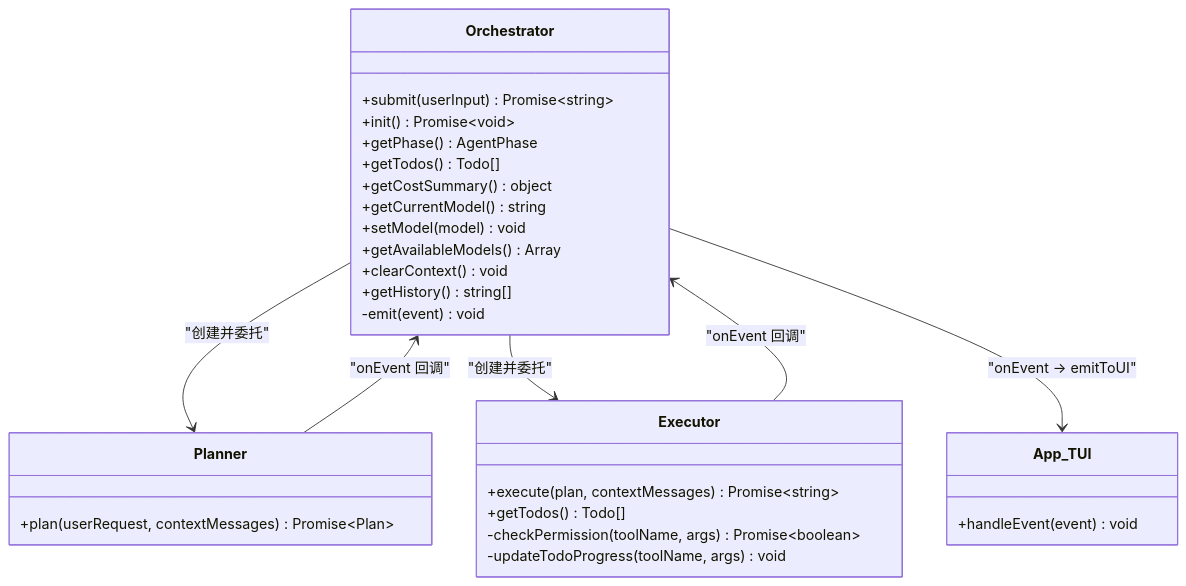
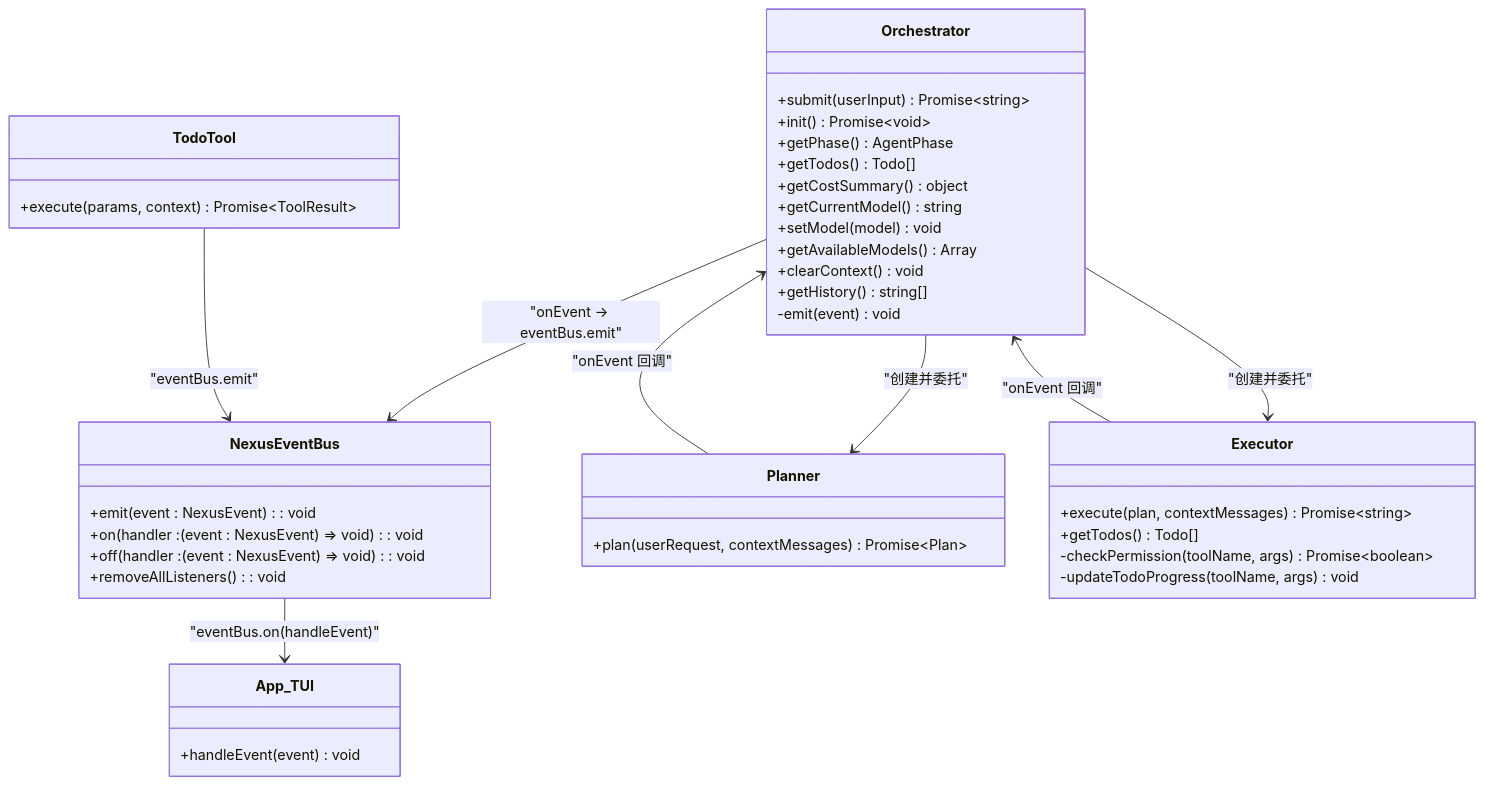
Before and after one commit to matter000/Nexus: the fourth of 4 diagrams in .qoder/repowiki/zh/content/API 参考/事件系统接口.md, drawn with Mermaid. The commit also changed other lines of this file and 64 other files, not shown here.

````diff
--- a/.qoder/repowiki/zh/content/API 参考/事件系统接口.md
+++ b/.qoder/repowiki/zh/content/API 参考/事件系统接口.md
@@ -231,33 +336,44 @@
 ```mermaid
 classDiagram
+class NexusEventBus {
++emit(event : NexusEvent) : void
++on(handler : (event : NexusEvent) => void) : void
++off(handler : (event : NexusEvent) => void) : void
++removeAllListeners() : void
+}
 class Orchestrator {
 +submit(userInput) Promise~string~
 +init() Promise~void~
 +getPhase() AgentPhase
 +getTodos() Todo[]
 +getCostSummary() object
 +getCurrentModel() string
 +setModel(model) void
 +getAvailableModels() Array
 +clearContext() void
 +getHistory() string[]
 -emit(event) void
 }
 class Planner {
 +plan(userRequest, contextMessages) Promise~Plan~
 }
 class Executor {
 +execute(plan, contextMessages) Promise~string~
 +getTodos() Todo[]
 -checkPermission(toolName, args) Promise~boolean~
 -updateTodoProgress(toolName, args) void
 }
 class App_TUI {
 +handleEvent(event) void
 }
+class TodoTool {
++execute(params, context) Promise~ToolResult~
+}
 Orchestrator --> Planner : "创建并委托"
 Orchestrator --> Executor : "创建并委托"
-Orchestrator --> App_TUI : "onEvent -> emitToUI"
+Orchestrator --> NexusEventBus : "onEvent -> eventBus.emit"
 Planner --> Orchestrator : "onEvent 回调"
 Executor --> Orchestrator : "onEvent 回调"
+TodoTool --> NexusEventBus : "eventBus.emit"
+NexusEventBus --> App_TUI : "eventBus.on(handleEvent)"
 ```
````
